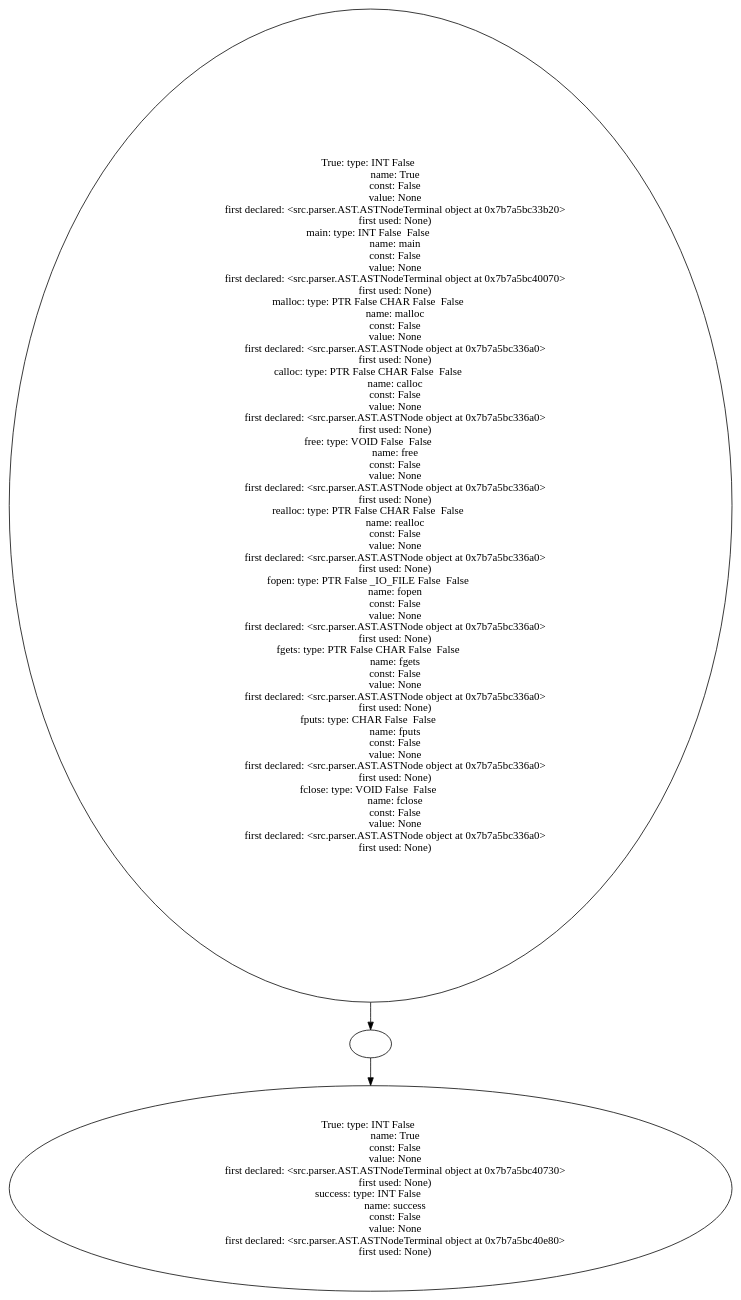
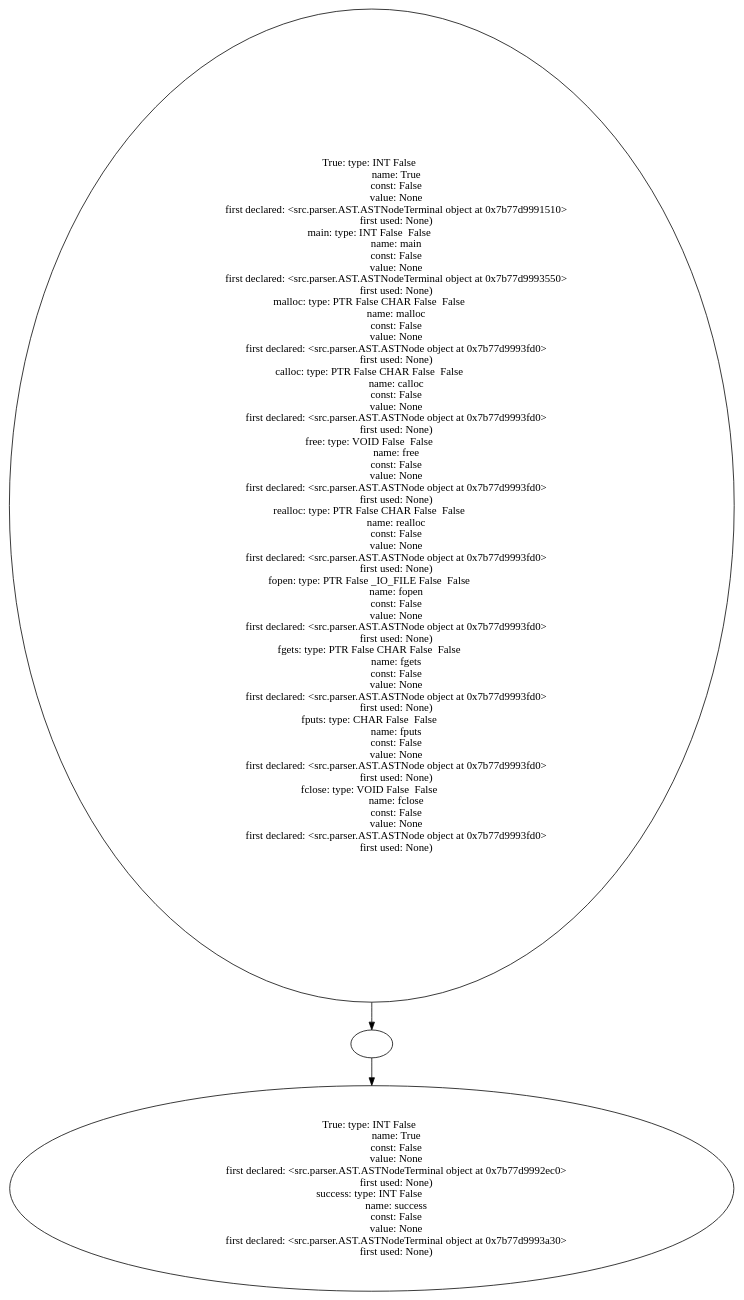
The diagram in example_source_files/34_local_and_global_variables/34_local_and_global_variables_table.dot (Are-you-listening/Compilers), drawn with Graphviz before and after one commit. The commit also changed 286 other files, not shown here.

```diff
--- a/example_source_files/34_local_and_global_variables/34_local_and_global_variables_table.dot
+++ b/example_source_files/34_local_and_global_variables/34_local_and_global_variables_table.dot
@@ -1,77 +1,77 @@
 digraph AST {
-  "135765455798912" [label="True: type: INT False  
+  "135754682007856" [label="True: type: INT False  
                    name: True
                    const: False
                    value: None
-                   first declared: <src.parser.AST.ASTNodeTerminal object at 0x7b7a5bc33b20>
+                   first declared: <src.parser.AST.ASTNodeTerminal object at 0x7b77d9991510>
                    first used: None)
 main: type: INT False  False  
                    name: main
                    const: False
                    value: None
-                   first declared: <src.parser.AST.ASTNodeTerminal object at 0x7b7a5bc40070>
+                   first declared: <src.parser.AST.ASTNodeTerminal object at 0x7b77d9993550>
                    first used: None)
 malloc: type: PTR False CHAR False  False  
                    name: malloc
                    const: False
                    value: None
-                   first declared: <src.parser.AST.ASTNode object at 0x7b7a5bc336a0>
+                   first declared: <src.parser.AST.ASTNode object at 0x7b77d9993fd0>
                    first used: None)
 calloc: type: PTR False CHAR False  False  
                    name: calloc
                    const: False
                    value: None
-                   first declared: <src.parser.AST.ASTNode object at 0x7b7a5bc336a0>
+                   first declared: <src.parser.AST.ASTNode object at 0x7b77d9993fd0>
                    first used: None)
 free: type: VOID False  False  
                    name: free
                    const: False
                    value: None
-                   first declared: <src.parser.AST.ASTNode object at 0x7b7a5bc336a0>
+                   first declared: <src.parser.AST.ASTNode object at 0x7b77d9993fd0>
                    first used: None)
 realloc: type: PTR False CHAR False  False  
                    name: realloc
                    const: False
                    value: None
-                   first declared: <src.parser.AST.ASTNode object at 0x7b7a5bc336a0>
+                   first declared: <src.parser.AST.ASTNode object at 0x7b77d9993fd0>
                    first used: None)
 fopen: type: PTR False _IO_FILE False  False  
                    name: fopen
                    const: False
                    value: None
-                   first declared: <src.parser.AST.ASTNode object at 0x7b7a5bc336a0>
+                   first declared: <src.parser.AST.ASTNode object at 0x7b77d9993fd0>
                    first used: None)
 fgets: type: PTR False CHAR False  False  
                    name: fgets
                    const: False
                    value: None
-                   first declared: <src.parser.AST.ASTNode object at 0x7b7a5bc336a0>
+                   first declared: <src.parser.AST.ASTNode object at 0x7b77d9993fd0>
                    first used: None)
 fputs: type: CHAR False  False  
                    name: fputs
                    const: False
                    value: None
-                   first declared: <src.parser.AST.ASTNode object at 0x7b7a5bc336a0>
+                   first declared: <src.parser.AST.ASTNode object at 0x7b77d9993fd0>
                    first used: None)
 fclose: type: VOID False  False  
                    name: fclose
                    const: False
                    value: None
-                   first declared: <src.parser.AST.ASTNode object at 0x7b7a5bc336a0>
+                   first declared: <src.parser.AST.ASTNode object at 0x7b77d9993fd0>
                    first used: None)"];
-  "135765455798912" -> "135765455800160";
-  "135765455800160" [label=""];
-  "135765455800160" -> "135765455802128";
-  "135765455802128" [label="True: type: INT False  
+  "135754682007856" -> "135754682009632";
+  "135754682009632" [label=""];
+  "135754682009632" -> "135754682013424";
+  "135754682013424" [label="True: type: INT False  
                    name: True
                    const: False
                    value: None
-                   first declared: <src.parser.AST.ASTNodeTerminal object at 0x7b7a5bc40730>
+                   first declared: <src.parser.AST.ASTNodeTerminal object at 0x7b77d9992ec0>
                    first used: None)
 success: type: INT False  
                    name: success
                    const: False
                    value: None
-                   first declared: <src.parser.AST.ASTNodeTerminal object at 0x7b7a5bc40e80>
+                   first declared: <src.parser.AST.ASTNodeTerminal object at 0x7b77d9993a30>
                    first used: None)"];
 }
```
